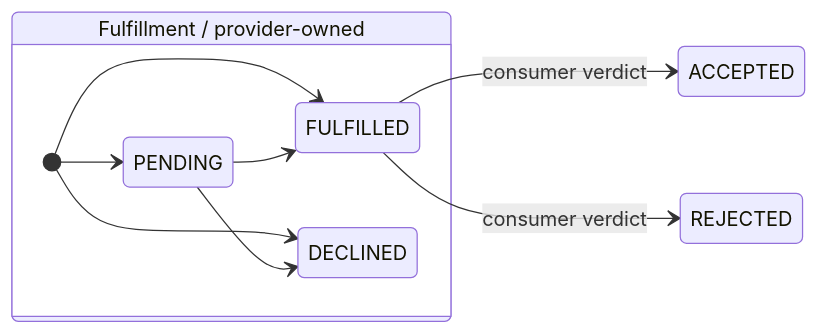
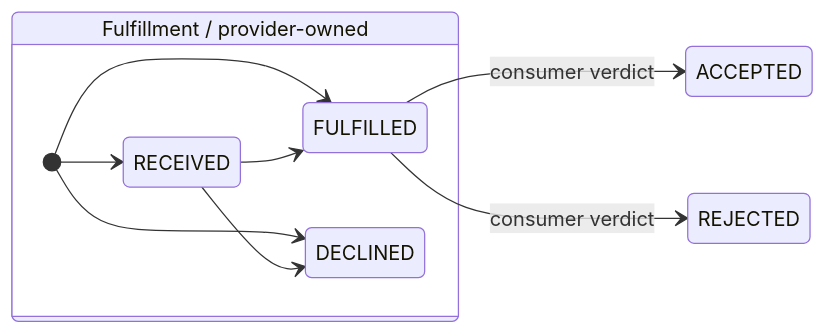
The first of 5 diagrams in docs/FLOWS.md (Metaform/certo), drawn with Mermaid before and after one commit. The commit also changed other lines of this file and 25 other files, not shown here.

Commit message:
feat: rename pending to received

````diff
--- a/docs/FLOWS.md
+++ b/docs/FLOWS.md
@@ -34,13 +34,13 @@
 ```mermaid
 stateDiagram-v2
     direction LR
     state "Fulfillment / provider-owned" as F {
-        [*] --> PENDING
+        [*] --> RECEIVED
         [*] --> FULFILLED
         [*] --> DECLINED
-        PENDING --> FULFILLED
-        PENDING --> DECLINED
+        RECEIVED --> FULFILLED
+        RECEIVED --> DECLINED
     }
     FULFILLED --> ACCEPTED: consumer verdict
     FULFILLED --> REJECTED: consumer verdict
 ```
````
